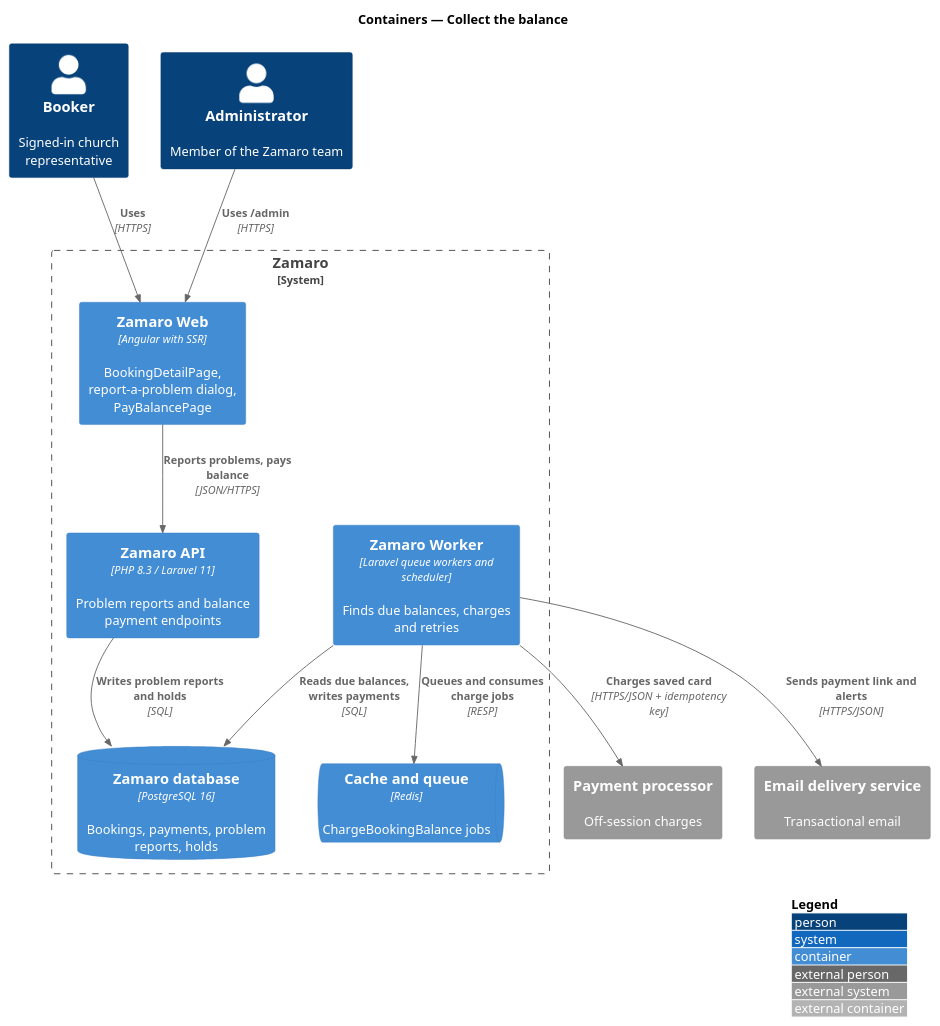
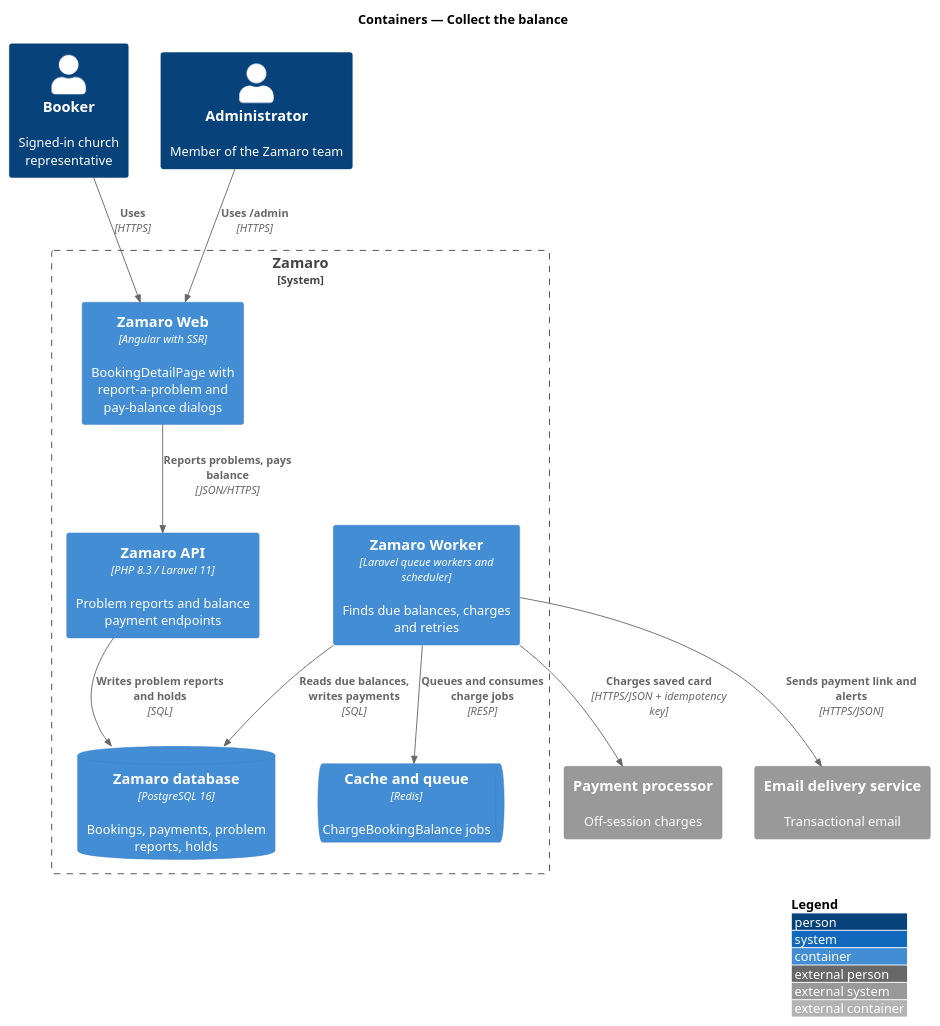
Before and after one commit to QuinntyneBrown/zamaro: the diagram in docs/detailed-designs/payments/collect-balance/diagrams/c4-container.puml, drawn with PlantUML. The commit also changed 379 other files, not shown here.

```diff
--- a/docs/detailed-designs/payments/collect-balance/diagrams/c4-container.puml
+++ b/docs/detailed-designs/payments/collect-balance/diagrams/c4-container.puml
@@ -1,25 +1,25 @@
 @startuml
 !include <C4/C4_Container>
 LAYOUT_WITH_LEGEND()
 title Containers — Collect the balance
 
 Person(booker, "Booker", "Signed-in church representative")
 Person(admin, "Administrator", "Member of the Zamaro team")
 System_Ext(processor, "Payment processor", "Off-session charges")
 System_Ext(email, "Email delivery service", "Transactional email")
 System_Boundary(zamaro, "Zamaro") {
-  Container(web, "Zamaro Web", "Angular with SSR", "BookingDetailPage, report-a-problem dialog, PayBalancePage")
+  Container(web, "Zamaro Web", "Angular with SSR", "BookingDetailPage with report-a-problem and pay-balance dialogs")
   Container(api, "Zamaro API", "PHP 8.3 / Laravel 11", "Problem reports and balance payment endpoints")
   Container(worker, "Zamaro Worker", "Laravel queue workers and scheduler", "Finds due balances, charges and retries")
   ContainerDb(db, "Zamaro database", "PostgreSQL 16", "Bookings, payments, problem reports, holds")
   ContainerQueue(cache, "Cache and queue", "Redis", "ChargeBookingBalance jobs")
 }
 Rel(booker, web, "Uses", "HTTPS")
 Rel(admin, web, "Uses /admin", "HTTPS")
 Rel(web, api, "Reports problems, pays balance", "JSON/HTTPS")
 Rel(api, db, "Writes problem reports and holds", "SQL")
 Rel(worker, db, "Reads due balances, writes payments", "SQL")
 Rel(worker, cache, "Queues and consumes charge jobs", "RESP")
 Rel(worker, processor, "Charges saved card", "HTTPS/JSON + idempotency key")
 Rel(worker, email, "Sends payment link and alerts", "HTTPS/JSON")
 @enduml
```
